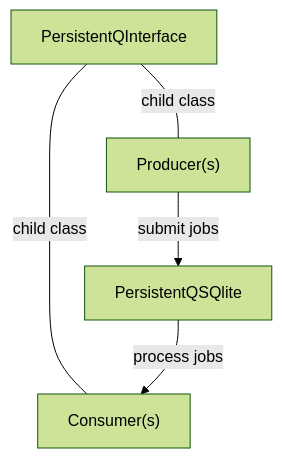
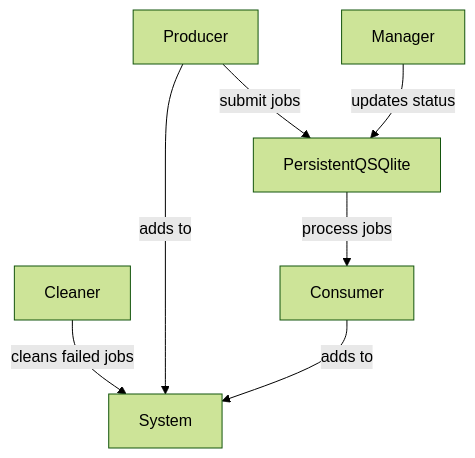
The diagram in README.md (nxceurin/atk-training-rin-q-basic), drawn with Mermaid (forest theme) before and after one commit. The commit also changed other lines of this file and 19 other files, not shown here.

````diff
--- a/README.md
+++ b/README.md
@@ -12,7 +12,9 @@
 ```mermaid
 graph TD;
-    A["PersistentQInterface"]-- child class ---B["Producer(s)"];
-    A-- child class ---C["Consumer(s)"]
-    B-- submit jobs -->D["PersistentQSQlite"]
-    D-- process jobs -->C
+    B["Producer"]-- submit jobs -->D["PersistentQSQlite"]
+    D-- process jobs -->C["Consumer"]
+    E["Manager"]-- updates status -->D
+    F["Cleaner"]-- cleans failed jobs -->G["System"]
+    B-- adds to -->G
+    C-- adds to -->G
 ```
````
